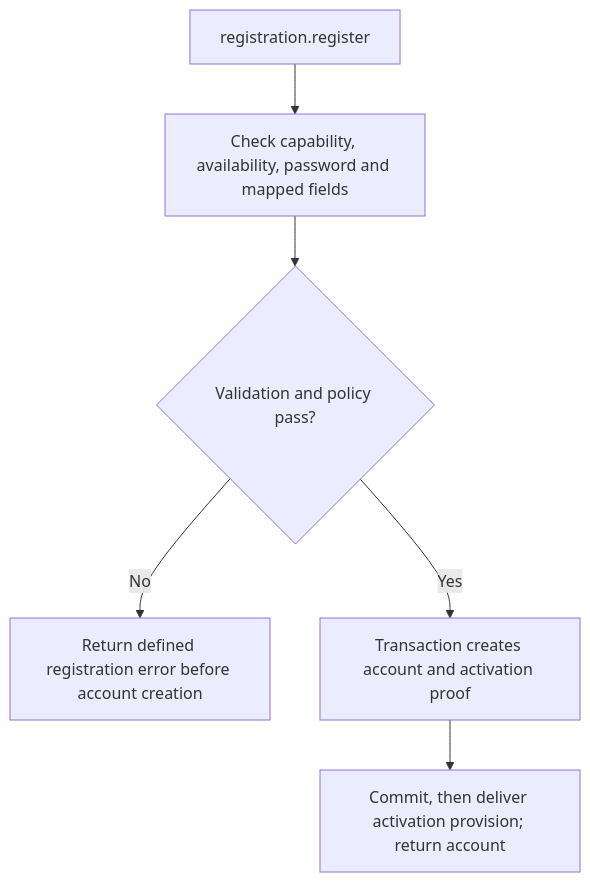
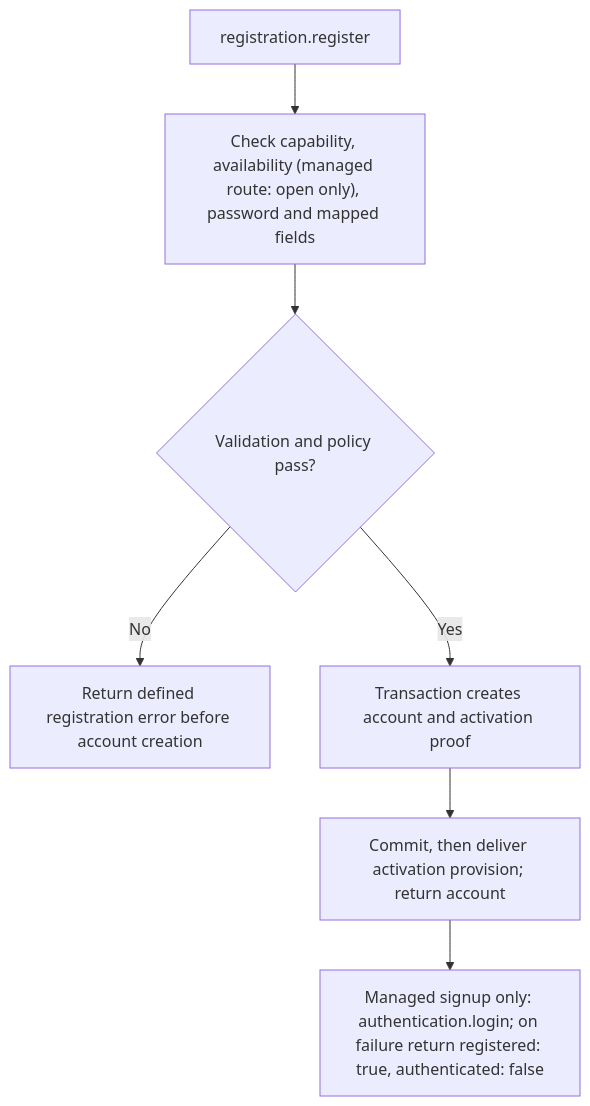
Before and after one commit to Kevinjohn/oss-adonisjs-account-kit: the second of 2 diagrams in user-stories/US-ACCOUNT-02-create-and-verify-account.md, drawn with Mermaid. The commit also changed other lines of this file and 22 other files, not shown here.

````diff
--- a/user-stories/US-ACCOUNT-02-create-and-verify-account.md
+++ b/user-stories/US-ACCOUNT-02-create-and-verify-account.md
@@ -29,8 +31,9 @@
 ```mermaid
 flowchart TD
- A["registration.register"] --> B["Check capability, availability, password and mapped fields"]
+ A["registration.register"] --> B["Check capability, availability (managed route: open only), password and mapped fields"]
  B --> C{"Validation and policy pass?"}
  C -->|No| D["Return defined registration error before account creation"]
  C -->|Yes| E["Transaction creates account and activation proof"]
  E --> F["Commit, then deliver activation provision; return account"]
+ F --> G["Managed signup only: authentication.login; on failure return registered: true, authenticated: false"]
 ```
````
